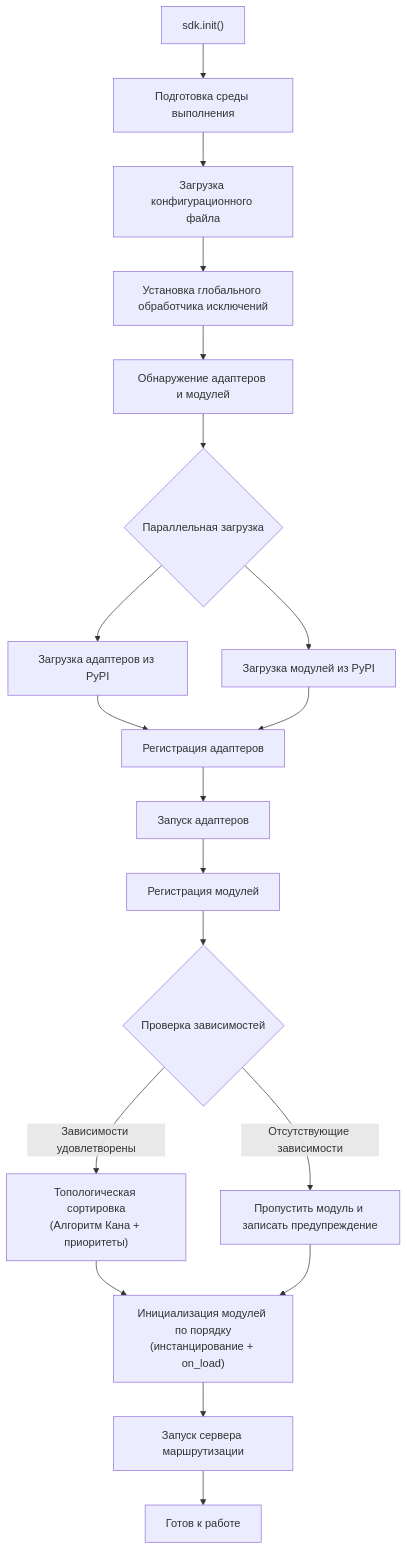
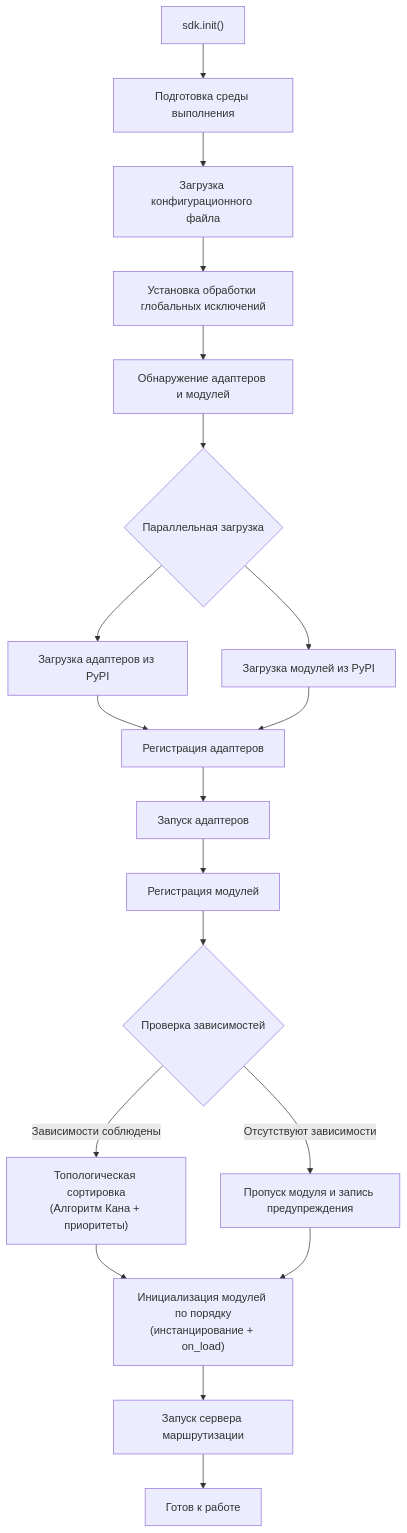
The second of 9 diagrams in docs/ru/architecture.md (ErisPulse/ErisPulse), drawn with Mermaid before and after one commit. The commit also changed other lines of this file and 91 other files, not shown here.

````diff
--- a/docs/ru/architecture.md
+++ b/docs/ru/architecture.md
@@ -58,20 +59,20 @@
 ```mermaid
 flowchart TD
     A["sdk.init()"] --> B["Подготовка среды выполнения"]
     B --> B1["Загрузка конфигурационного файла"]
-    B1 --> B2["Установка глобального обработчика исключений"]
+    B1 --> B2["Установка обработки глобальных исключений"]
     B2 --> C["Обнаружение адаптеров и модулей"]
     C --> D{"Параллельная загрузка"}
     D --> D1["Загрузка адаптеров из PyPI"]
     D --> D2["Загрузка модулей из PyPI"]
     D1 & D2 --> E["Регистрация адаптеров"]
     E --> E1["Запуск адаптеров"]
     E1 --> F["Регистрация модулей"]
     F --> F1{"Проверка зависимостей"}
-    F1 -->|"Отсутствующие зависимости"| F2["Пропустить модуль и записать предупреждение"]
-    F1 -->|"Зависимости удовлетворены"| F3["Топологическая сортировка<br/>(Алгоритм Кана + приоритеты)"]
+    F1 -->|"Отсутствуют зависимости"| F2["Пропуск модуля и запись предупреждения"]
+    F1 -->|"Зависимости соблюдены"| F3["Топологическая сортировка<br/>(Алгоритм Кана + приоритеты)"]
     F3 --> G["Инициализация модулей по порядку<br/>(инстанцирование + on_load)"]
     F2 --> G
     G --> H["Запуск сервера маршрутизации"]
     H --> K["Готов к работе"]
 ```
````
